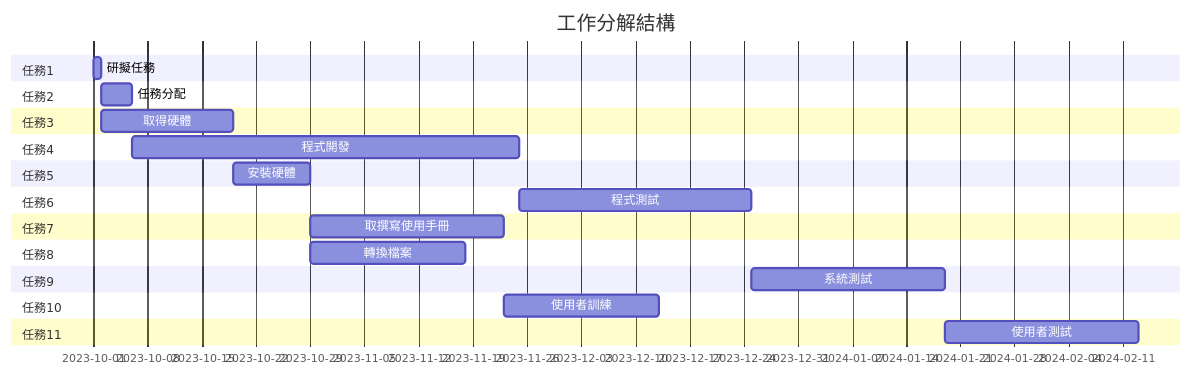
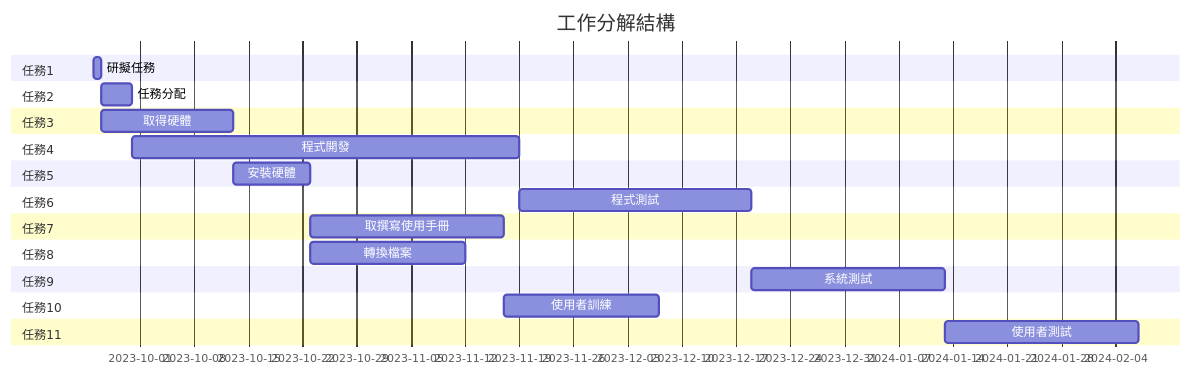
One commit to c110118134/team13 changed the diagram in hw2.md. Above: the diagram before and after it, drawn with Mermaid.

````diff
--- a/hw2.md
+++ b/hw2.md
@@ -3,29 +3,29 @@
 ```mermaid
 gantt
     title 工作分解結構
     dateFormat  YYYY-MM-DD
     section 任務1
-    研擬任務           : a1,2023-10-01, 1d
+    研擬任務           : a1,2023-09-25, 1d
     section 任務2
     任務分配           :a2, after a1  , 4d    
     section 任務3
     取得硬體           :a3, after a1  , 17d
     section 任務4
     程式開發           :a4, after a2  , 50d    
     section 任務5
     安裝硬體           :a5, after a3  , 10d    
     section 任務6
     程式測試           :a6, after a4  , 30d   
     section 任務7
     取撰寫使用手冊        :a7, after a5  , 25d
     section 任務8
     轉換檔案           :a8, after a5  , 20d
     section 任務9
     系統測試           :a9, after a6  , 25d
     section 任務10
     使用者訓練         :a10, after a7  , 20d
     section 任務11
     使用者測試         :a11, after a9  , 25d
     
             
 ```
````
